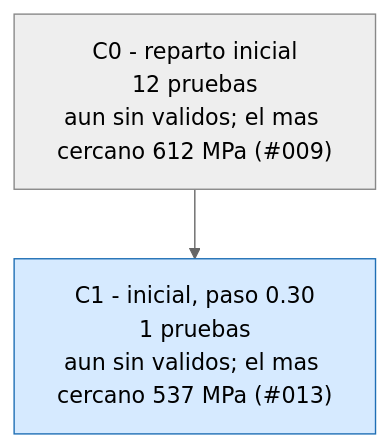
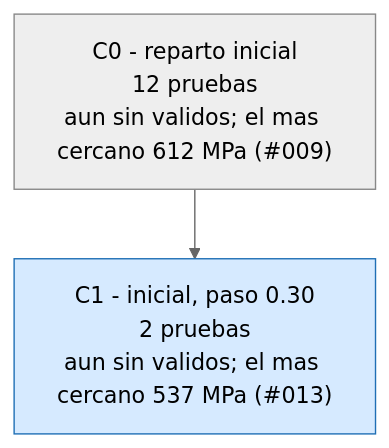
Before and after one commit to Hugiko/msd-soporte-optimizacion: the third of 3 diagrams in runs/opt_37800N/ARBOL.md, drawn with Mermaid (neutral theme). The commit also changed 19 other files, not shown here.

````diff
--- a/runs/opt_37800N/ARBOL.md
+++ b/runs/opt_37800N/ARBOL.md
@@ -33,9 +33,9 @@
 ```mermaid
 graph TD
 classDef activa fill:#d6eaff,stroke:#1f6fb5,color:#000
 classDef fin fill:#eeeeee,stroke:#888,color:#000
 classDef mejor fill:#c8f0c0,stroke:#1a9850,stroke-width:4px,color:#000
 C0["C0 - reparto inicial<br/>12 pruebas<br/>aun sin validos; el mas cercano 612 MPa (#009)"]:::fin
-C1["C1 - inicial, paso 0.30<br/>1 pruebas<br/>aun sin validos; el mas cercano 537 MPa (#013)"]:::activa
+C1["C1 - inicial, paso 0.30<br/>2 pruebas<br/>aun sin validos; el mas cercano 537 MPa (#013)"]:::activa
 C0 --> C1
 ```
````
